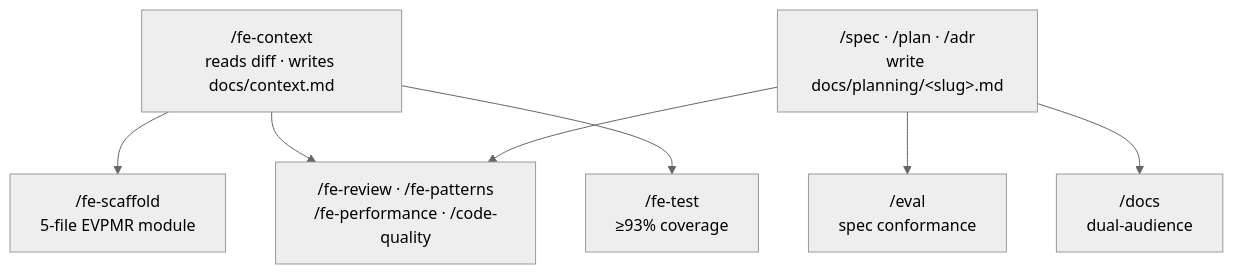
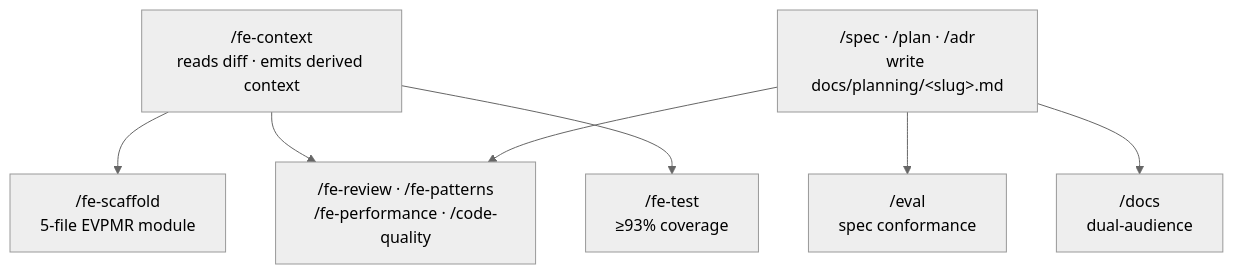
Diagram 13 of 15 in README.md (raditia/CraftKit), drawn with Mermaid (neutral theme) before and after one commit. The commit also changed other lines of this file and 37 other files, not shown here.

````diff
--- a/README.md
+++ b/README.md
@@ -785,11 +785,11 @@
 ```mermaid
 flowchart TD
-    A["/fe-context\nreads diff · writes docs/context.md"]
+    A["/fe-context\nreads diff · emits derived context"]
     P["/spec · /plan · /adr\nwrite docs/planning/&lt;slug&gt;.md"]
     A --> B["/fe-scaffold\n5-file EVPMR module"]
     A --> C["/fe-review · /fe-patterns\n/fe-performance · /code-quality"]
     A --> D["/fe-test\n≥93% coverage"]
     P --> C
     P --> E["/eval\nspec conformance"]
     P --> F["/docs\ndual-audience"]
 ```
````
